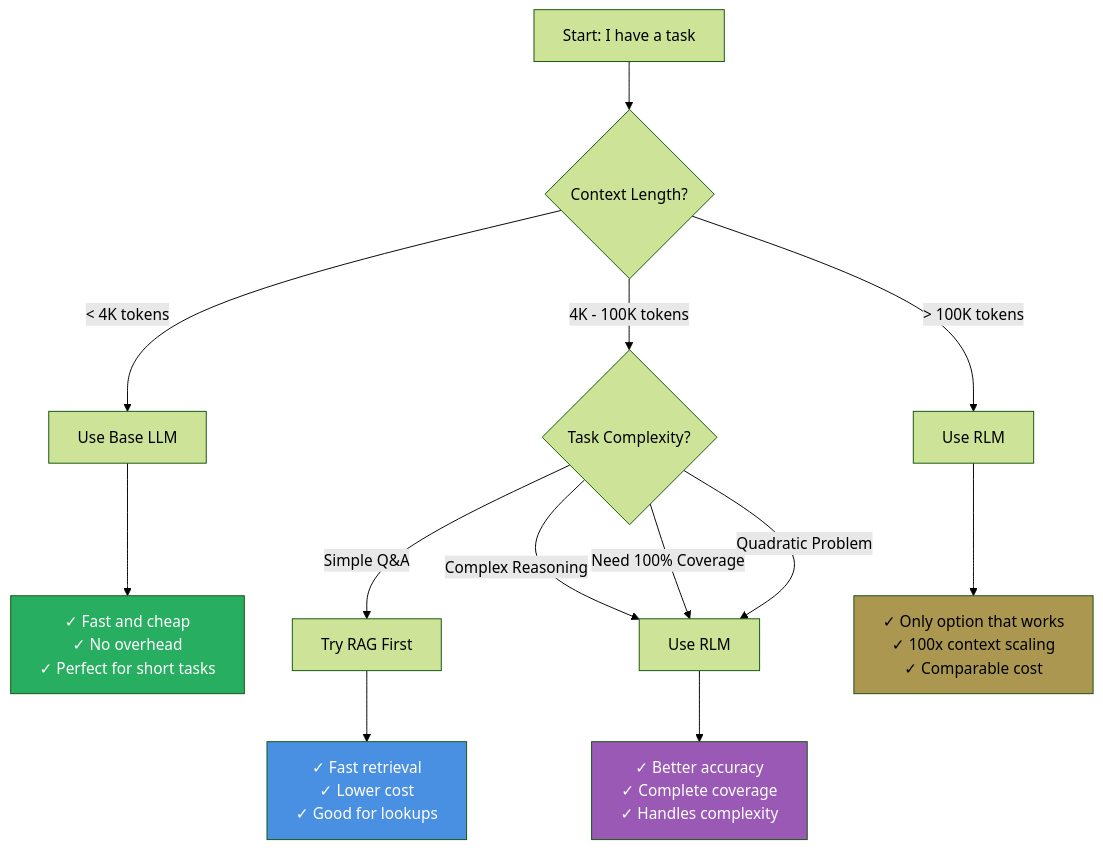
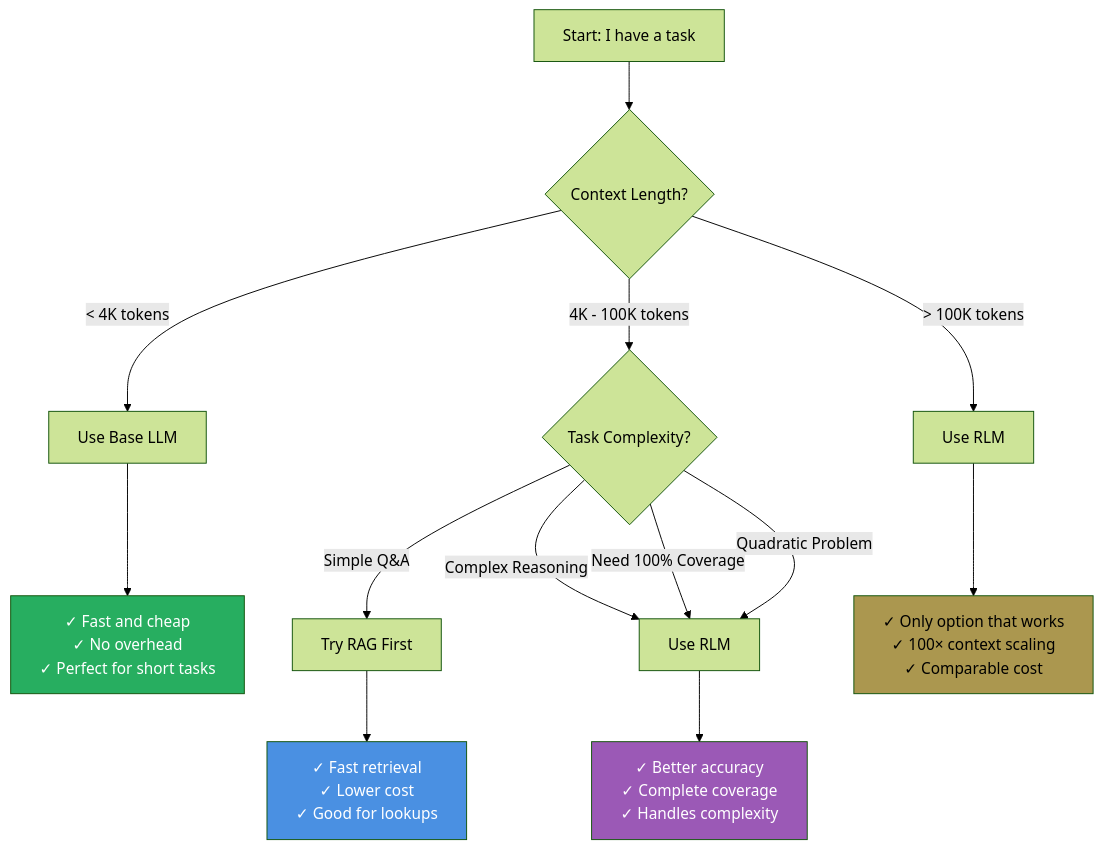
Diagram 17 of 18 in Papers/RecursiveLanguageModels.md (rsrini7/Learnings), drawn with Mermaid (forest theme) before and after one commit. The commit also changed other lines of this file, not shown here.

````diff
--- a/Papers/RecursiveLanguageModels.md
+++ b/Papers/RecursiveLanguageModels.md
@@ -1025,26 +1035,26 @@
 ```mermaid
 graph TD
     A[Start: I have a task] --> B{Context Length?}
     
     B -->|< 4K tokens| C[Use Base LLM]
     C --> C1[✓ Fast and cheap<br/>✓ No overhead<br/>✓ Perfect for short tasks]
     
     B -->|4K - 100K tokens| D{Task Complexity?}
     
     D -->|Simple Q&A| E[Try RAG First]
     E --> E1[✓ Fast retrieval<br/>✓ Lower cost<br/>✓ Good for lookups]
     
     D -->|Complex Reasoning| F[Use RLM]
     F --> F1[✓ Better accuracy<br/>✓ Complete coverage<br/>✓ Handles complexity]
     
     B -->|> 100K tokens| G[Use RLM]
-    G --> G1[✓ Only option that works<br/>✓ 100x context scaling<br/>✓ Comparable cost]
+    G --> G1[✓ Only option that works<br/>✓ 100× context scaling<br/>✓ Comparable cost]
     
     D -->|Need 100% Coverage| F
     D -->|Quadratic Problem| F
     
     style C1 fill:#27AE60,color:#fff
     style E1 fill:#4A90E2,color:#fff
     style F1 fill:#9B59B6,color:#fff
     style G1 fill:#AB974F
 ```
````
